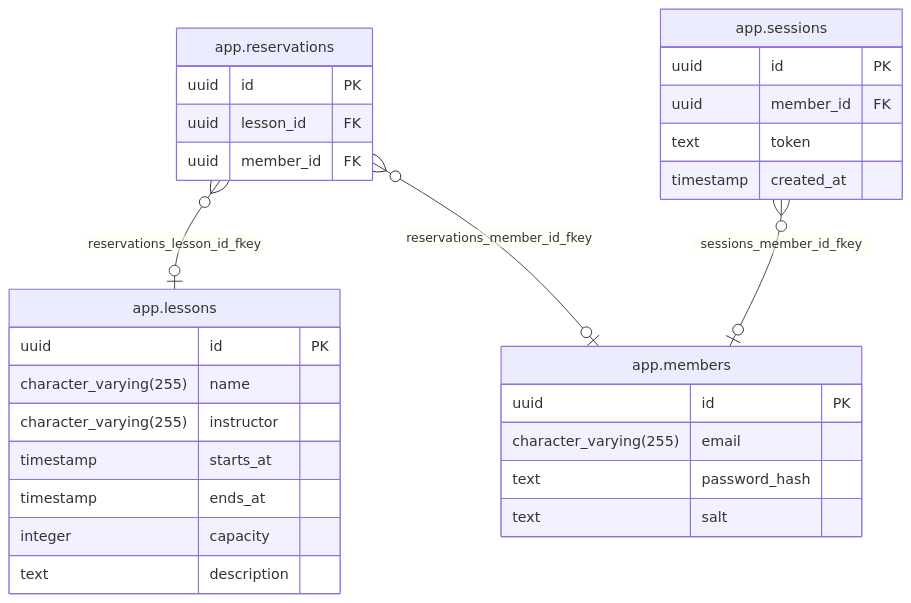
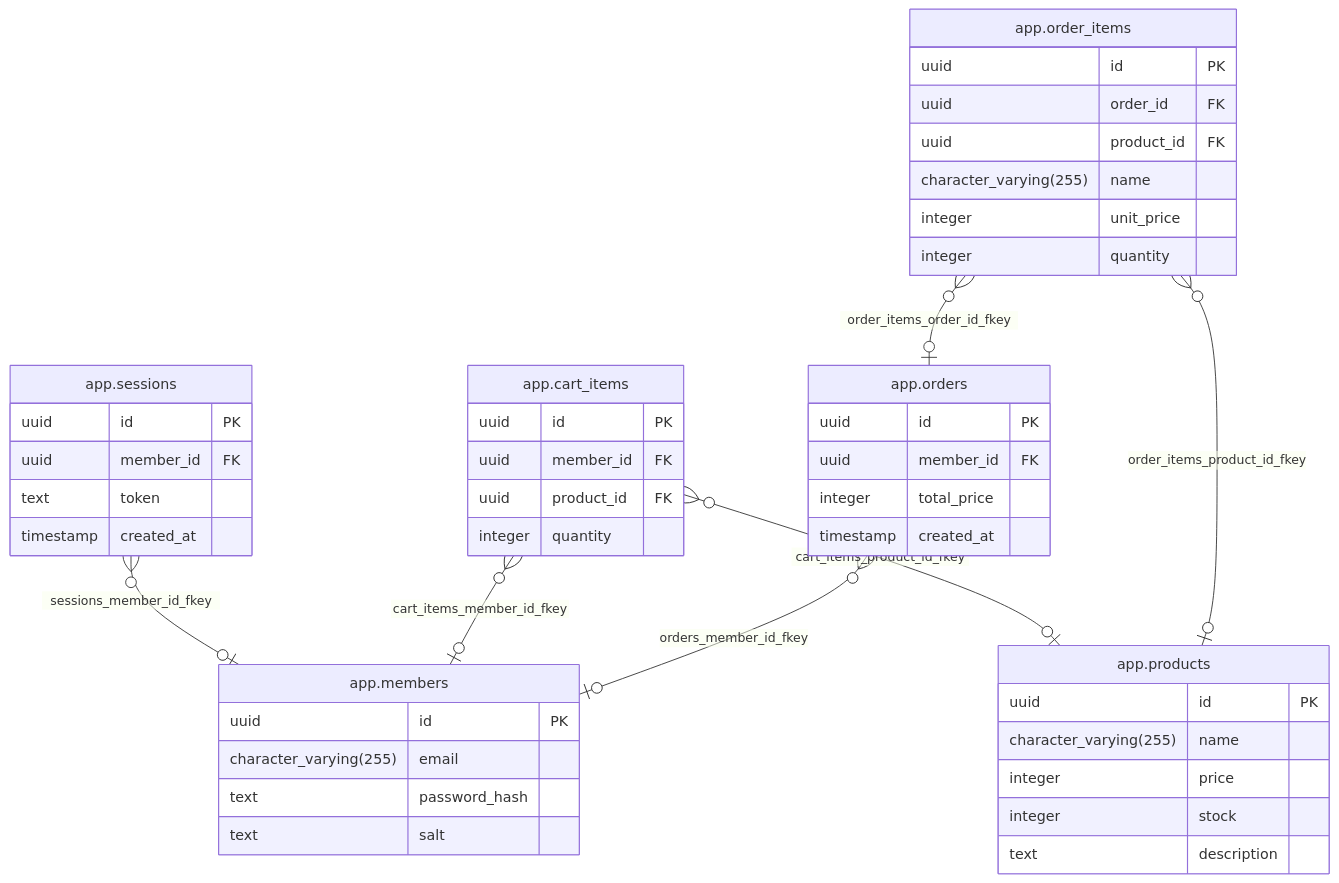
Before and after one commit to NabeKz/es-site: the diagram in docs/erd.md, drawn with Mermaid. The commit also changed 85 other files, not shown here.

````diff
--- a/docs/erd.md
+++ b/docs/erd.md
@@ -1,32 +1,49 @@
 ```mermaid
 erDiagram
-    app_lessons["app.lessons"] {
-      uuid id PK
-      character_varying(255) name
-      character_varying(255) instructor
-      timestamp starts_at
-      timestamp ends_at
-      integer capacity
-      text description
-    }
     app_members["app.members"] {
       uuid id PK
       character_varying(255) email
       text password_hash
       text salt
     }
-    app_reservations["app.reservations"] {
-      uuid id PK
-      uuid lesson_id FK
-      uuid member_id FK
-    }
-    app_reservations }o--o| app_lessons : reservations_lesson_id_fkey
-    app_reservations }o--o| app_members : reservations_member_id_fkey
     app_sessions["app.sessions"] {
       uuid id PK
       uuid member_id FK
       text token
       timestamp created_at
     }
+    app_products["app.products"] {
+      uuid id PK
+      character_varying(255) name
+      integer price
+      integer stock
+      text description
+    }
+    app_cart_items["app.cart_items"] {
+      uuid id PK
+      uuid member_id FK
+      uuid product_id FK
+      integer quantity
+    }
+    app_orders["app.orders"] {
+      uuid id PK
+      uuid member_id FK
+      integer total_price
+      timestamp created_at
+    }
+    app_order_items["app.order_items"] {
+      uuid id PK
+      uuid order_id FK
+      uuid product_id FK
+      character_varying(255) name
+      integer unit_price
+      integer quantity
+    }
+
     app_sessions }o--o| app_members : sessions_member_id_fkey
+    app_cart_items }o--o| app_members : cart_items_member_id_fkey
+    app_cart_items }o--o| app_products : cart_items_product_id_fkey
+    app_orders }o--o| app_members : orders_member_id_fkey
+    app_order_items }o--o| app_orders : order_items_order_id_fkey
+    app_order_items }o--o| app_products : order_items_product_id_fkey
 ```
````
